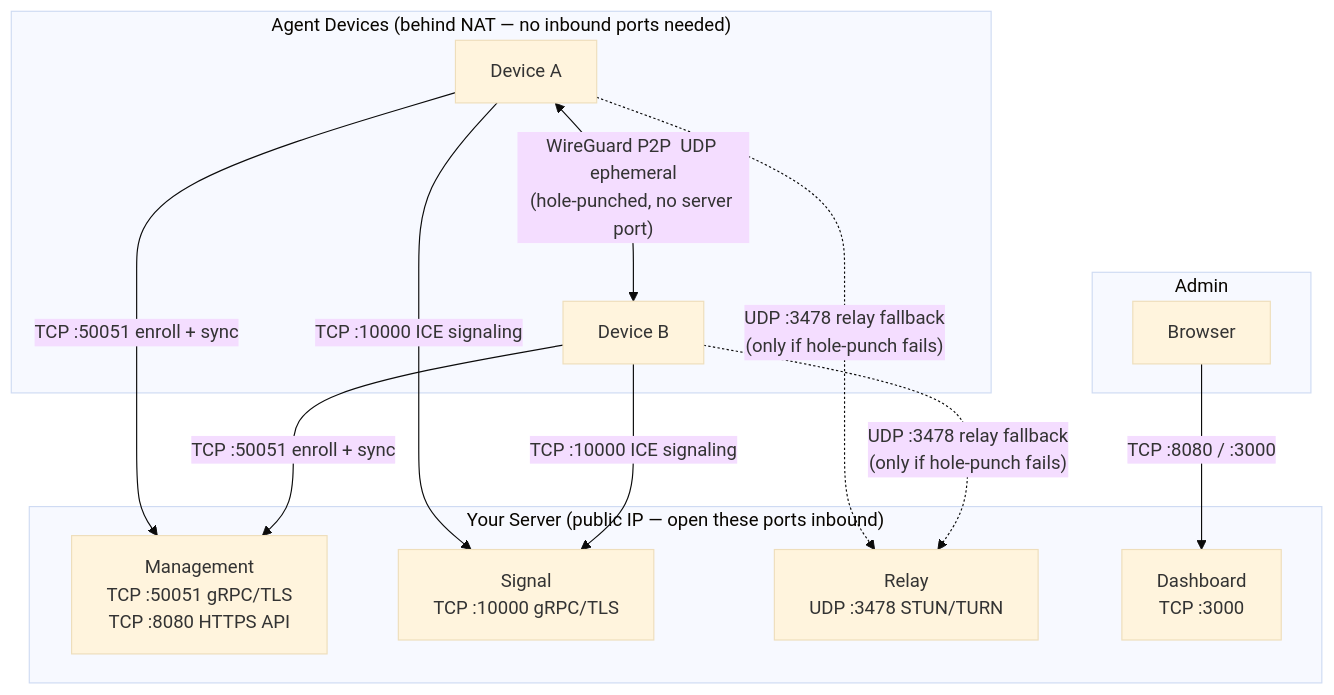
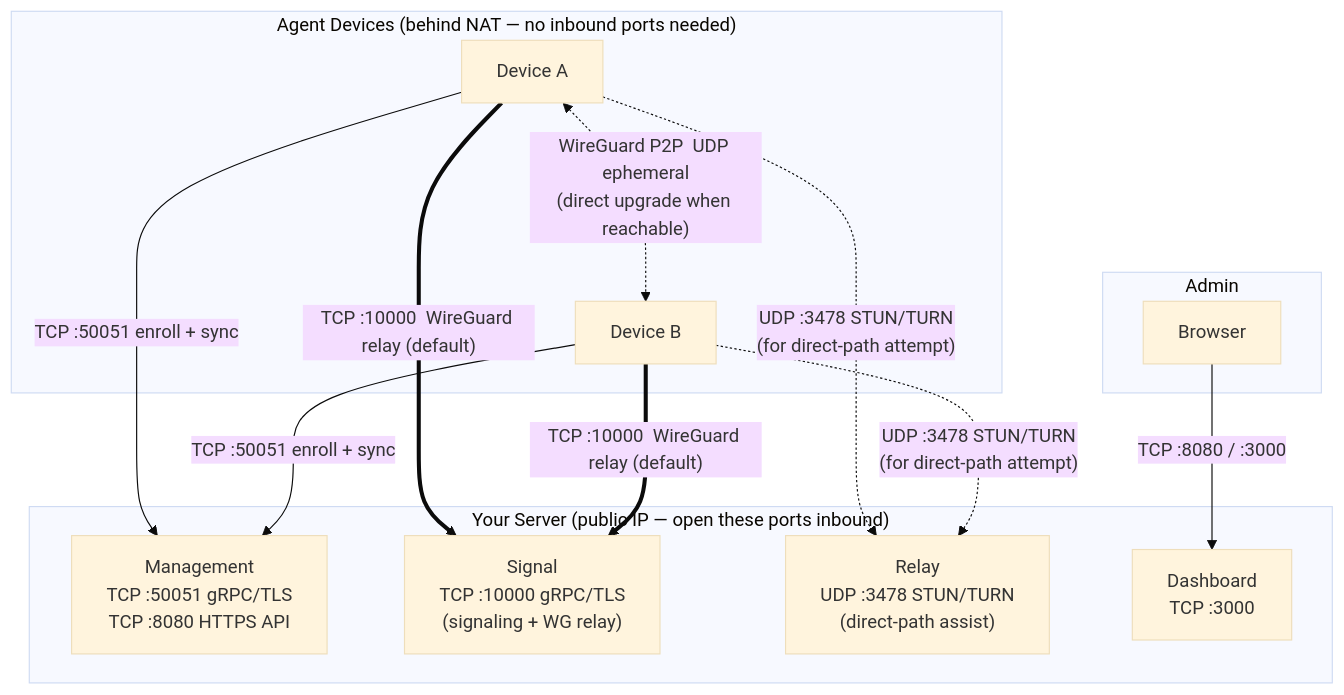
One commit to DJR-FP/blinex changed the diagram in README.md. Above: the diagram before and after it, drawn with Mermaid (base theme). The commit also changed other lines of this file and 5 other files, not shown here.

First line of the commit message:
feat: agent status CLI (status/peers/routes) + README architecture refresh (v0.11.0)

````diff
--- a/README.md
+++ b/README.md
@@ -59,30 +89,30 @@
 ```mermaid
 graph TB
     subgraph agents["Agent Devices (behind NAT — no inbound ports needed)"]
         A["Device A"]
         B["Device B"]
     end
 
     subgraph admin["Admin"]
         Browser["Browser"]
     end
 
     subgraph server["Your Server  (public IP — open these ports inbound)"]
         Mgmt["Management\nTCP :50051  gRPC/TLS\nTCP :8080   HTTPS API"]
-        Sig["Signal\nTCP :10000  gRPC/TLS"]
-        Relay["Relay\nUDP :3478   STUN/TURN"]
+        Sig["Signal\nTCP :10000  gRPC/TLS\n(signaling + WG relay)"]
+        Relay["Relay\nUDP :3478   STUN/TURN\n(direct-path assist)"]
         Dash["Dashboard\nTCP :3000"]
     end
 
     A -- "TCP :50051  enroll + sync" --> Mgmt
-    A -- "TCP :10000  ICE signaling" --> Sig
-    A -. "UDP :3478  relay fallback\n(only if hole-punch fails)" .-> Relay
+    A == "TCP :10000  WireGuard relay (default)" ==> Sig
+    A -. "UDP :3478  STUN/TURN\n(for direct-path attempt)" .-> Relay
 
     B -- "TCP :50051  enroll + sync" --> Mgmt
-    B -- "TCP :10000  ICE signaling" --> Sig
-    B -. "UDP :3478  relay fallback\n(only if hole-punch fails)" .-> Relay
+    B == "TCP :10000  WireGuard relay (default)" ==> Sig
+    B -. "UDP :3478  STUN/TURN\n(for direct-path attempt)" .-> Relay
 
-    A <-- "WireGuard P2P  UDP ephemeral\n(hole-punched, no server port)" --> B
+    A <-. "WireGuard P2P  UDP ephemeral\n(direct upgrade when reachable)" .-> B
 
     Browser -- "TCP :8080 / :3000" --> Dash
 ```
````
